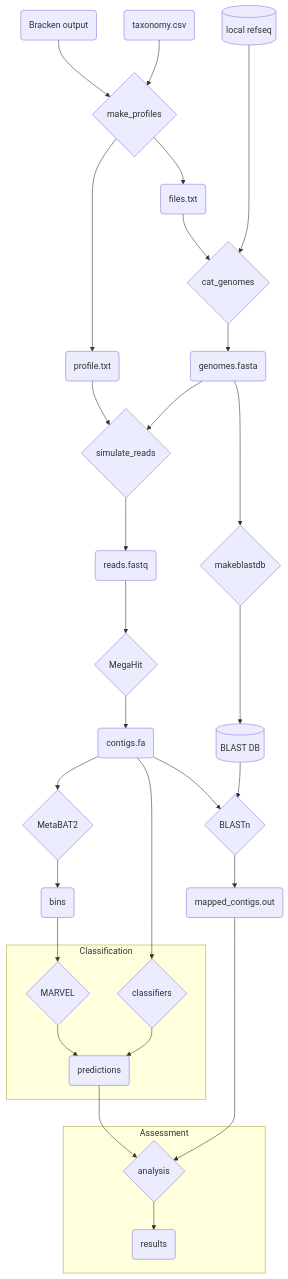
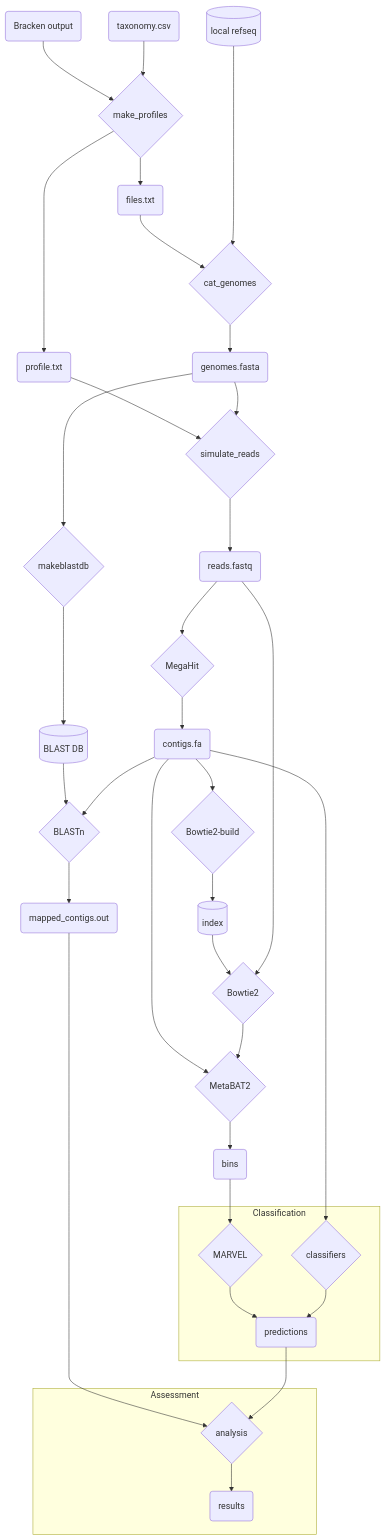
The diagram in src/simulate_metagenomes/README.md (hurwitzlab/phage_detection_benchmarks), drawn with Mermaid before and after one commit.

Commit message:
begin adding bowtie

````diff
--- a/src/simulate_metagenomes/README.md
+++ b/src/simulate_metagenomes/README.md
@@ -36,37 +36,42 @@
 ```mermaid
 graph TD
     input(Bracken output) --> profiler{make_profiles};
     taxa(taxonomy.csv) --> profiler;
     profiler --> profile(profile.txt);
     profiler --> globs(files.txt);
     refseq[(local refseq)];
     cat{cat_genomes};
     globs --> cat;
     refseq ----> cat;
     cat --> genomes(genomes.fasta);
     iss{simulate_reads};
     profile --> iss;
     genomes --> iss;
     iss --> reads(reads.fastq);
     reads --> megahit{MegaHit};
     megahit --> contigs(contigs.fa);
     contigs --> metabat{MetaBAT2};
     contigs ----> tools{classifiers}
+    contigs --> bowtiebuild{Bowtie2-build};
+    bowtiebuild --> bowtieindex[(index)];
+    bowtieindex --> bowtie{Bowtie2};
+    reads --> bowtie;
+    bowtie --> metabat;
     metabat --> bins(bins)
     genomes --> dbizer{makeblastdb};
     dbizer ---> db[(BLAST DB)];
     db --> blast{BLASTn};
     contigs --> blast;
     blast --> mappings(mapped_contigs.out);
     mappings --> assess;
     bins --> marvel{MARVEL};
     subgraph Classification
         marvel --> preds(predictions);
         tools --> preds;
     end
     subgraph Assessment
         preds --> assess{analysis}
         assess --> results(results);
         
     end
 ```
````
